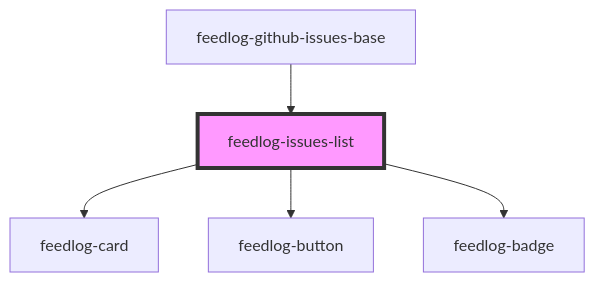
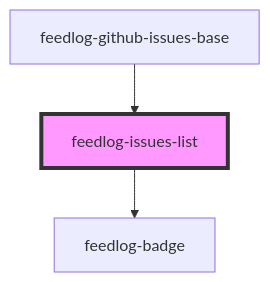
Before and after one commit to FeedlogAI/feedlog-toolkit: the diagram in packages/webcomponents/src/components/feedlog-issues-list/readme.md, drawn with Mermaid. The commit also changed other lines of this file and 40 other files, not shown here.

Commit message:
Enhance Feedlog components: add 'postedAt' property to GitHubIssue interface, update FeedlogGithubIssues and FeedlogIssuesList for improved issue display with timestamps, and adjust CSS for consistent theming across components.

````diff
--- a/packages/webcomponents/src/components/feedlog-issues-list/readme.md
+++ b/packages/webcomponents/src/components/feedlog-issues-list/readme.md
@@ -42,8 +40,6 @@
 ```mermaid
 graph TD;
-  feedlog-issues-list --> feedlog-card
-  feedlog-issues-list --> feedlog-button
   feedlog-issues-list --> feedlog-badge
   feedlog-github-issues-base --> feedlog-issues-list
   style feedlog-issues-list fill:#f9f,stroke:#333,stroke-width:4px
 ```
````
